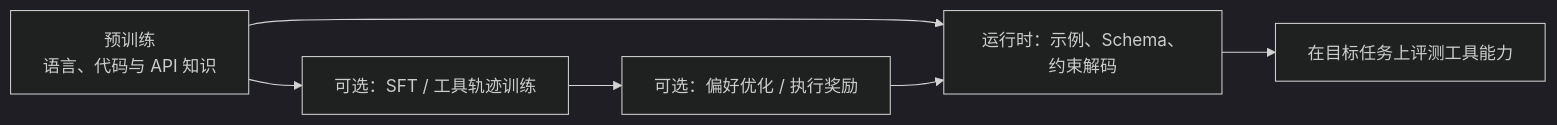
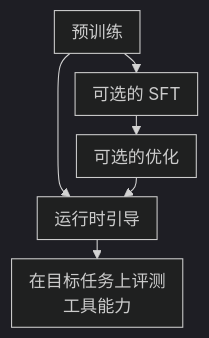
The first of 5 diagrams in docs/tools/01-function-calling/02-tool-learning.zh.md (zongyangbigpolo/awesome-ai-roadmap), drawn with Mermaid (dark theme) before and after one commit. The commit also changed other lines of this file and 320 other files, not shown here.

First line of the commit message:
Prepare compact bilingual diagrams and centralized references for Kindle RC2

````diff
--- a/docs/tools/01-function-calling/02-tool-learning.zh.md
+++ b/docs/tools/01-function-calling/02-tool-learning.zh.md
@@ -21,8 +21,9 @@
 ```mermaid
-flowchart LR
-    PT["预训练<br/>语言、代码与 API 知识"] --> SFT["可选：SFT / 工具轨迹训练"]
-    SFT --> RL["可选：偏好优化 / 执行奖励"]
-    PT --> RT["运行时：示例、Schema、约束解码"]
+%%{init: {"flowchart": {"nodeSpacing": 12, "rankSpacing": 18, "padding": 8}}}%%
+flowchart TB
+    PT["预训练"] --> SFT["可选的 SFT"]
+    SFT --> RL["可选的优化"]
+    PT --> RT["运行时引导"]
     RL --> RT
-    RT --> READY["在目标任务上评测工具能力"]
+    RT --> READY["在目标任务上评测<br/>工具能力"]
 ```
````
